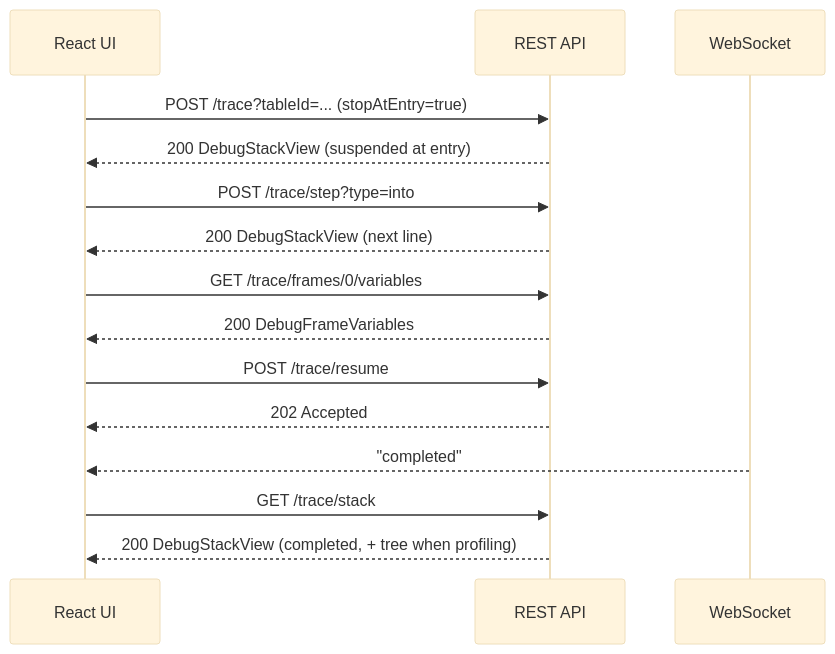
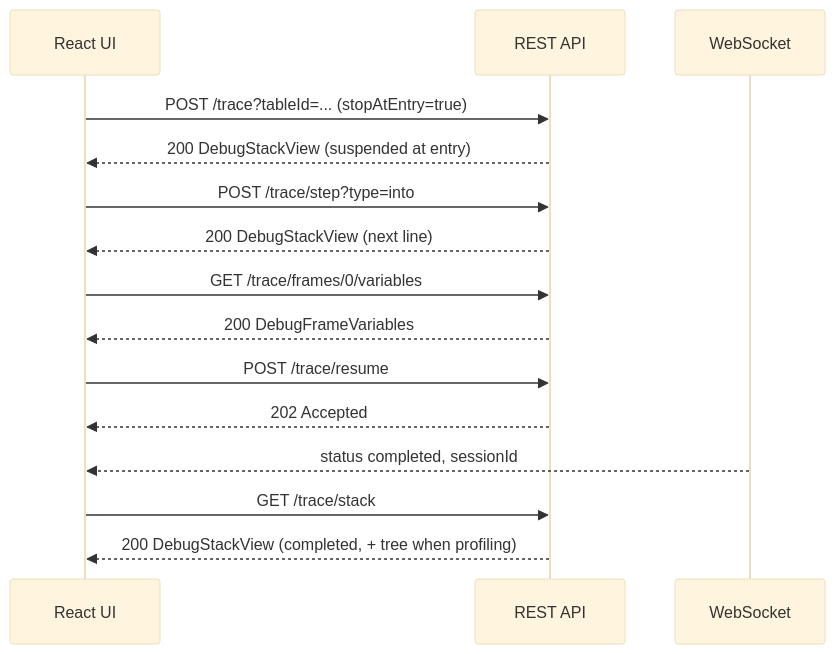
The diagram in Docs/api/projects-trace-api.md (openl-tablets/openl-tablets), drawn with Mermaid (base theme) before and after one commit. The commit also changed other lines of this file and 7 other files, not shown here.

````diff
--- a/Docs/api/projects-trace-api.md
+++ b/Docs/api/projects-trace-api.md
@@ -748,18 +735,18 @@
 ```mermaid
 sequenceDiagram
     participant UI as React UI
     participant API as REST API
     participant WS as WebSocket
 
     UI->>API: POST /trace?tableId=... (stopAtEntry=true)
     API-->>UI: 200 DebugStackView (suspended at entry)
     UI->>API: POST /trace/step?type=into
     API-->>UI: 200 DebugStackView (next line)
     UI->>API: GET /trace/frames/0/variables
     API-->>UI: 200 DebugFrameVariables
     UI->>API: POST /trace/resume
     API-->>UI: 202 Accepted
-    WS-->>UI: "completed"
+    WS-->>UI: status completed, sessionId
     UI->>API: GET /trace/stack
     API-->>UI: 200 DebugStackView (completed, + tree when profiling)
 ```
````
